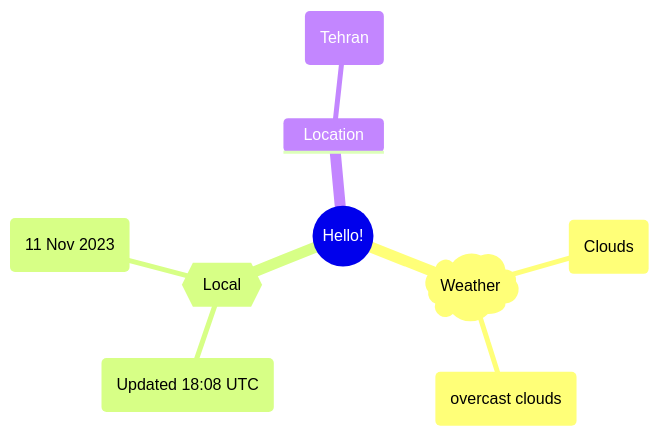
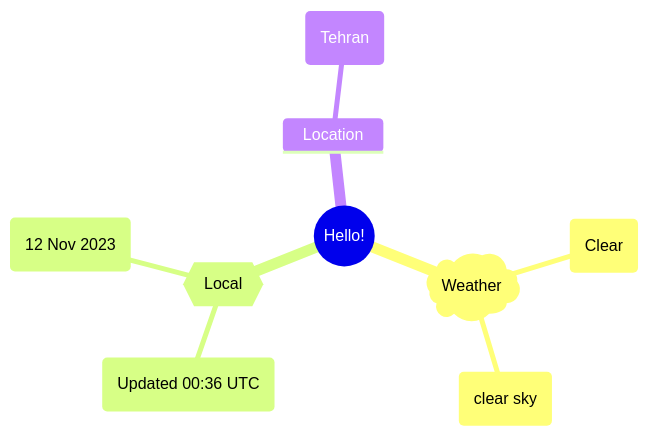
The first of 2 diagrams in README.md (Xosrov/Xosrov), drawn with Mermaid before and after one commit.

Commit message:
[bot] updated images

````diff
--- a/README.md
+++ b/README.md
@@ -3,12 +3,12 @@
 ```mermaid
 mindmap
   root((Hello!))
     )Weather(
-        (Clouds)
-        (overcast clouds)
+        (Clear)
+        (clear sky)
     {{Local}}
-        (Updated 18:08 UTC)
-        (11 Nov 2023)
+        (Updated 00:36 UTC)
+        (12 Nov 2023)
     Location
         (Tehran)
 ```
````
